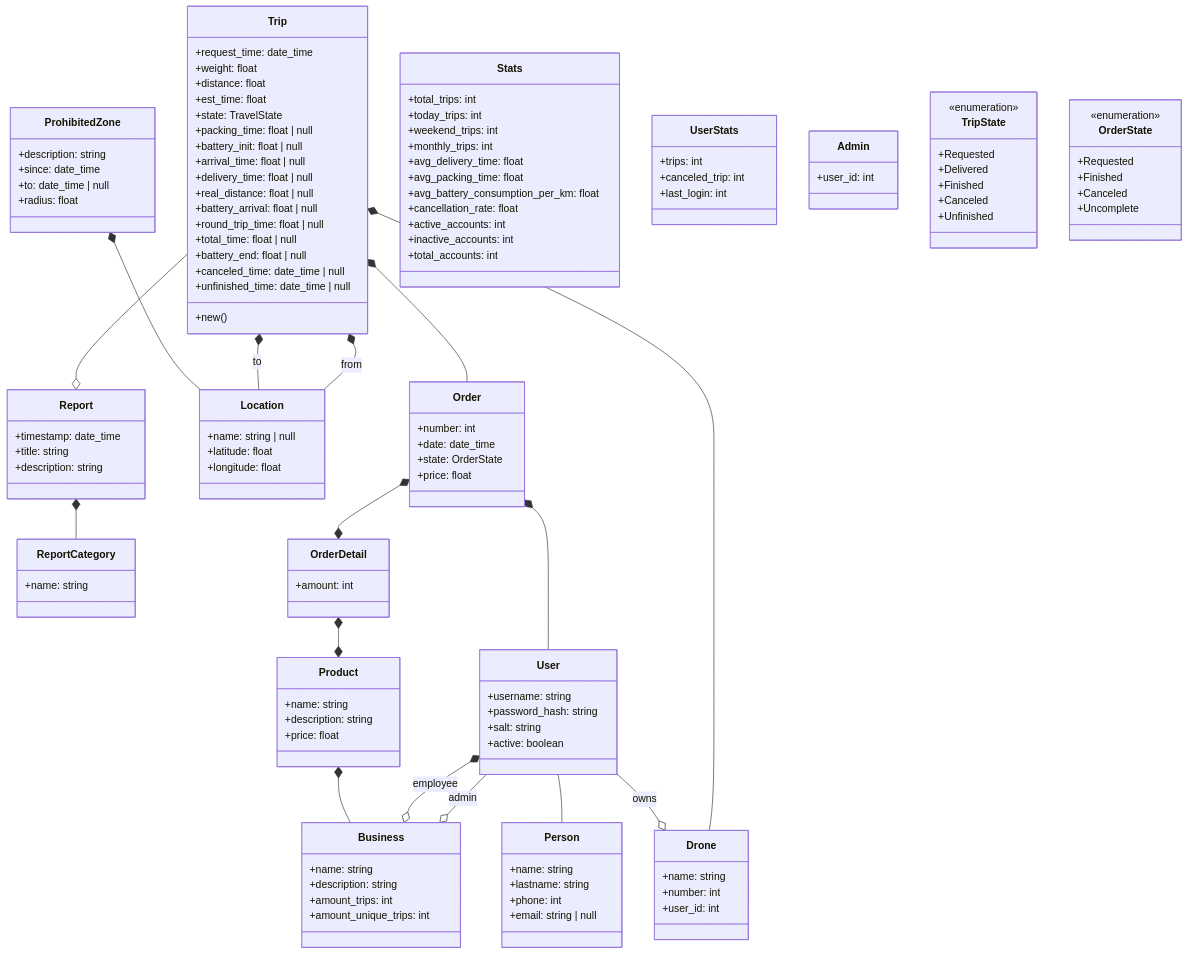
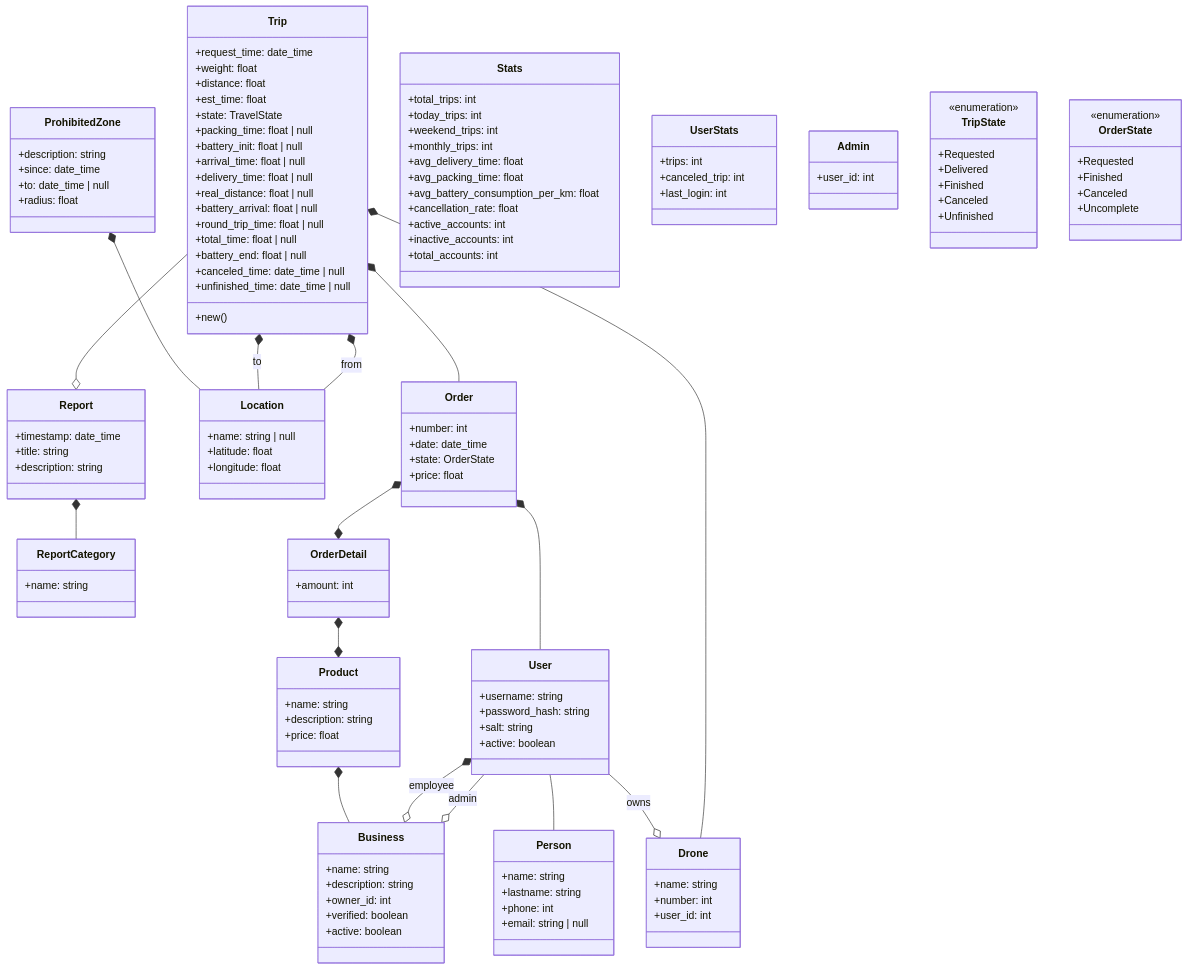
Before and after one commit to vector-sur/backend: the second of 3 diagrams in README.md, drawn with Mermaid. The commit also changed 9 other files, not shown here.

```diff
--- a/README.md
+++ b/README.md
@@ -127,8 +127,9 @@
     class Business {
         +name: string
         +description: string
-        +amount_trips: int
-        +amount_unique_trips: int
+        +owner_id: int
+        +verified: boolean
+        +active: boolean
     }
 
     class ProhibitedZone {
```
